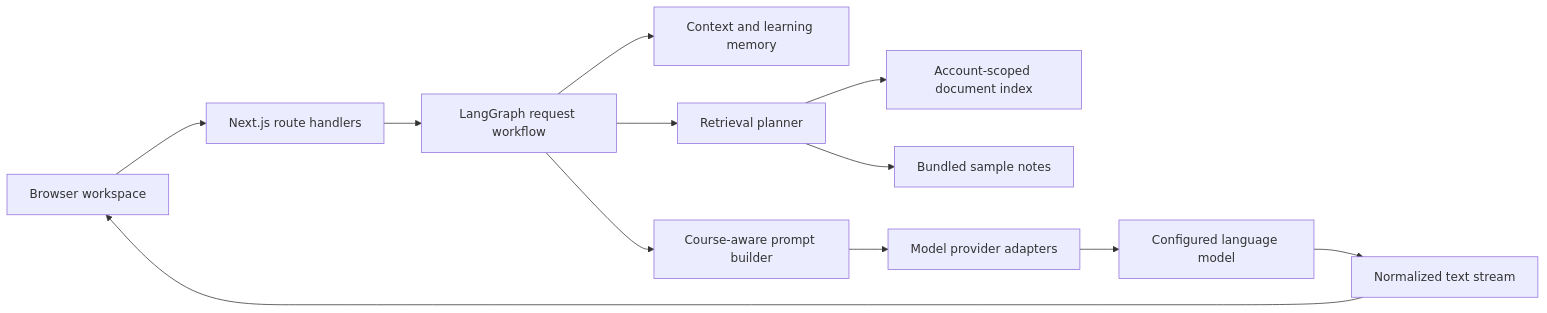
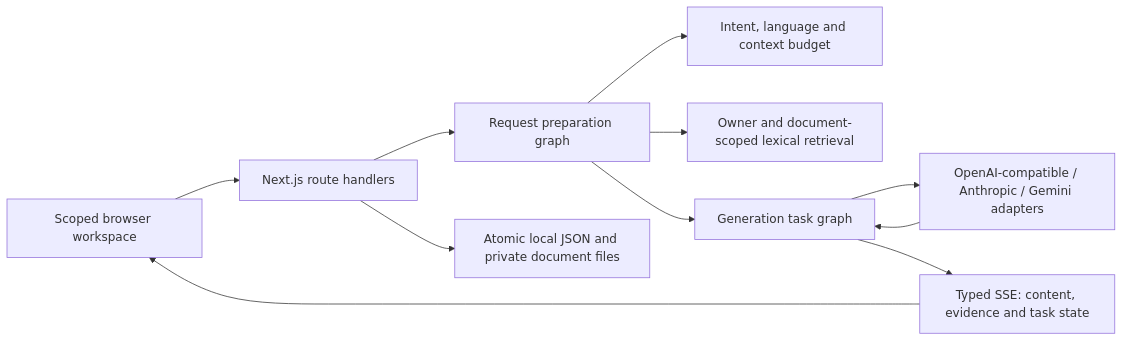
The first of 3 diagrams in docs/architecture.md (lizr-phys/physics-learning-agent), drawn with Mermaid before and after one commit. The commit also changed other lines of this file and 149 other files, not shown here.

````diff
--- a/docs/architecture.md
+++ b/docs/architecture.md
@@ -7,14 +7,13 @@
 ```mermaid
 flowchart LR
-  Browser["Browser workspace"] --> Routes["Next.js route handlers"]
-  Routes --> Graph["LangGraph request workflow"]
-  Graph --> Memory["Context and learning memory"]
-  Graph --> Retrieval["Retrieval planner"]
-  Retrieval --> Personal["Account-scoped document index"]
-  Retrieval --> Samples["Bundled sample notes"]
-  Graph --> Prompt["Course-aware prompt builder"]
-  Prompt --> Router["Model provider adapters"]
-  Router --> Model["Configured language model"]
-  Model --> Stream["Normalized text stream"]
-  Stream --> Browser
+  Browser["Scoped browser workspace"] --> API["Next.js route handlers"]
+  API --> Prepare["Request preparation graph"]
+  Prepare --> Context["Intent, language and context budget"]
+  Prepare --> Retrieve["Owner and document-scoped lexical retrieval"]
+  Prepare --> Task["Generation task graph"]
+  Task --> Provider["OpenAI-compatible / Anthropic / Gemini adapters"]
+  Provider --> Task
+  Task --> Events["Typed SSE: content, evidence and task state"]
+  Events --> Browser
+  API --> Store["Atomic local JSON and private document files"]
 ```
````
